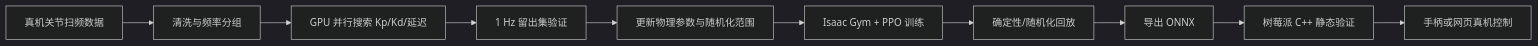
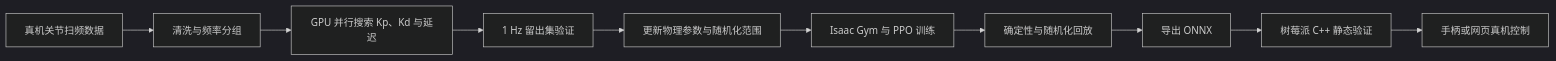
The diagram in README.md (Liuxiang-hub/RL_Qmini_PPO), drawn with Mermaid (dark theme) before and after one commit. The commit also changed other lines of this file, not shown here.

Commit message:
docs: restore deployment videos and fix Mermaid rendering

````diff
--- a/README.md
+++ b/README.md
@@ -106,12 +117,12 @@
 ```mermaid
 flowchart LR
-    A[真机关节扫频数据] --> B[清洗与频率分组]
-    B --> C[GPU 并行搜索 Kp/Kd/延迟]
-    C --> D[1 Hz 留出集验证]
-    D --> E[更新物理参数与随机化范围]
-    E --> F[Isaac Gym + PPO 训练]
-    F --> G[确定性/随机化回放]
-    G --> H[导出 ONNX]
-    H --> I[树莓派 C++ 静态验证]
-    I --> J[手柄或网页真机控制]
+    A["真机关节扫频数据"] --> B["清洗与频率分组"]
+    B --> C["GPU 并行搜索 Kp、Kd 与延迟"]
+    C --> D["1 Hz 留出集验证"]
+    D --> E["更新物理参数与随机化范围"]
+    E --> F["Isaac Gym 与 PPO 训练"]
+    F --> G["确定性与随机化回放"]
+    G --> H["导出 ONNX"]
+    H --> I["树莓派 C++ 静态验证"]
+    I --> J["手柄或网页真机控制"]
 ```
````
